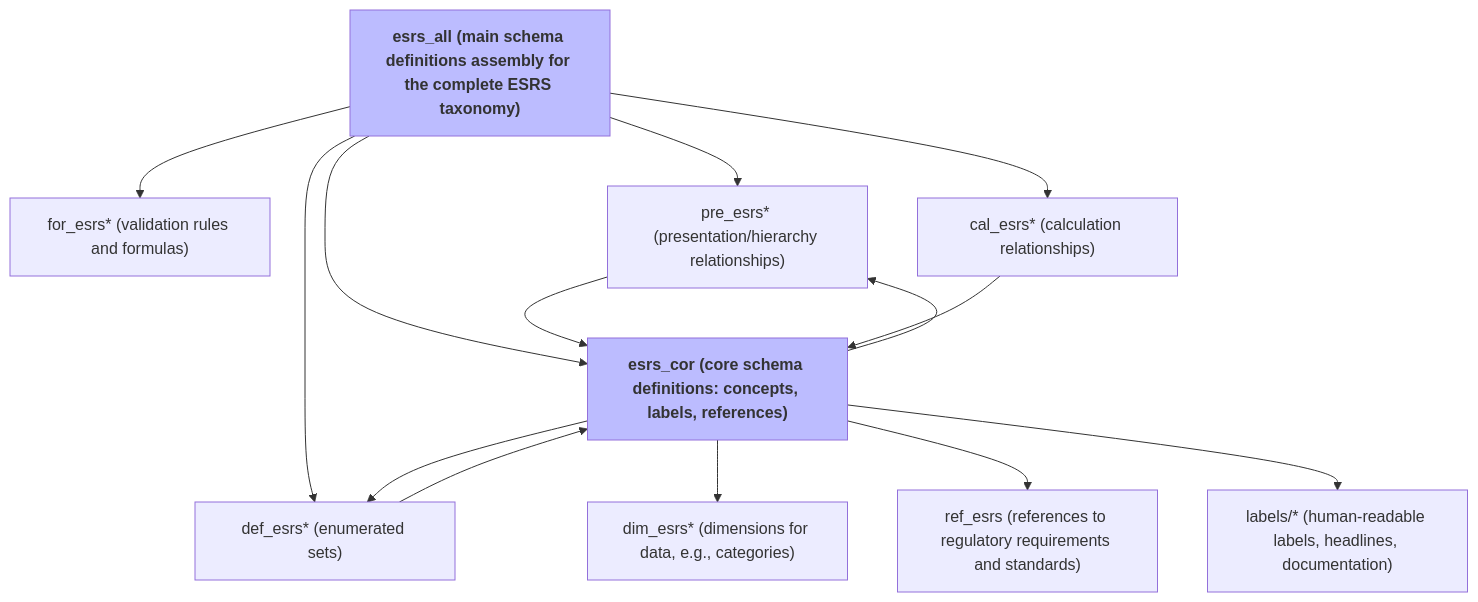
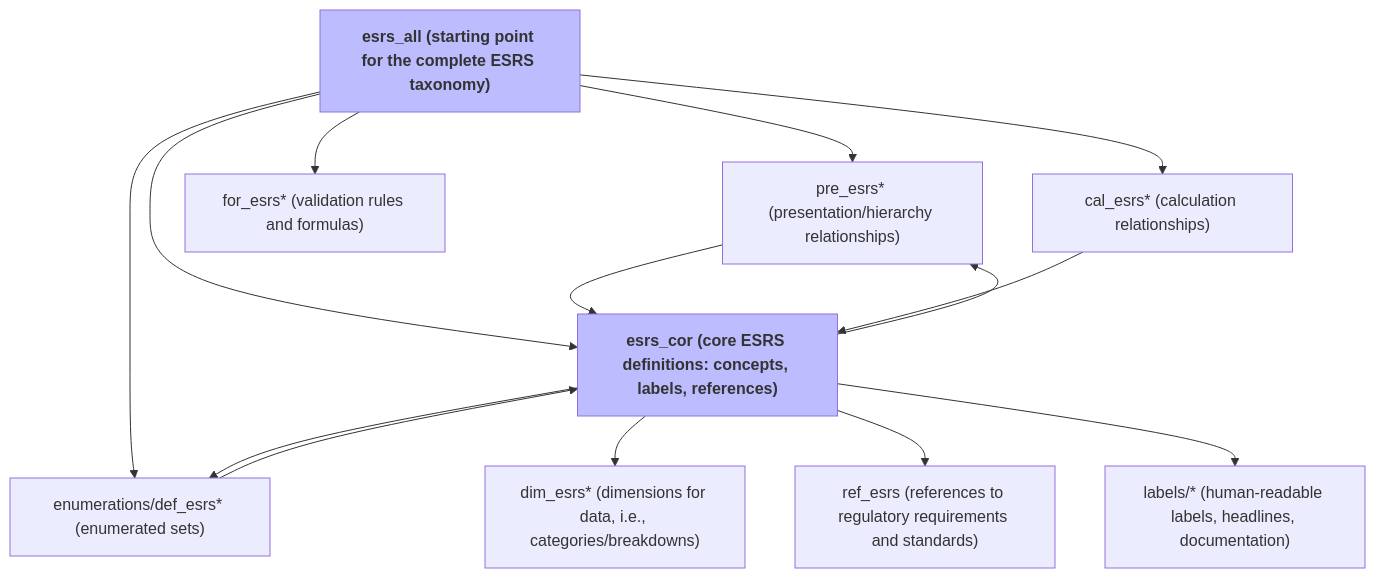
One commit to Climate-Action-Agency/esrs-xbrl-parser changed the diagram in README.md. Above: the diagram before and after it, drawn with Mermaid.

Commit message:
Graph update

````diff
--- a/README.md
+++ b/README.md
@@ -159,23 +159,23 @@
 ```mermaid
 graph TD
 	classDef important fill:#bcbcff, font-weight:bold;
 
-	esrs_all["esrs_all (main schema definitions assembly for the complete ESRS taxonomy)"] --> for_esrs*["for_esrs* (validation rules and formulas)"]
-	esrs_all --> pre_esrs*["pre_esrs* (presentation/hierarchy relationships)"]
+	esrs_all["esrs_all (starting point for the complete ESRS taxonomy)"] --> pre_esrs*["pre_esrs* (presentation/hierarchy relationships)"]
 	esrs_all --> cal_esrs*["cal_esrs* (calculation relationships)"]
-	esrs_all --> def_esrs*["def_esrs* (enumerated sets)"]
-	esrs_all --> esrs_cor["esrs_cor (core schema definitions: concepts, labels, references)"]
+	esrs_all --> def_esrs*["enumerations/def_esrs* (enumerated sets)"]
+	esrs_all --> for_esrs*["for_esrs* (validation rules and formulas)"]
+	esrs_all --> esrs_cor["esrs_cor (core ESRS definitions: concepts, labels, references)"]
 
 	pre_esrs* --> esrs_cor
 	cal_esrs* --> esrs_cor
 	def_esrs* --> esrs_cor
 
 	esrs_cor --> pre_esrs*
 	esrs_cor --> def_esrs*
-	esrs_cor --> dim_esrs*["dim_esrs* (dimensions for data, e.g., categories)"]
+	esrs_cor --> dim_esrs*["dim_esrs* (dimensions for data, i.e., categories/breakdowns)"]
 	esrs_cor --> ref_esrs["ref_esrs (references to regulatory requirements and standards)"]
 	esrs_cor --> labels/*["labels/* (human-readable labels, headlines, documentation)"]
 
 	class esrs_all important;
 	class esrs_cor important;
 ```
````
